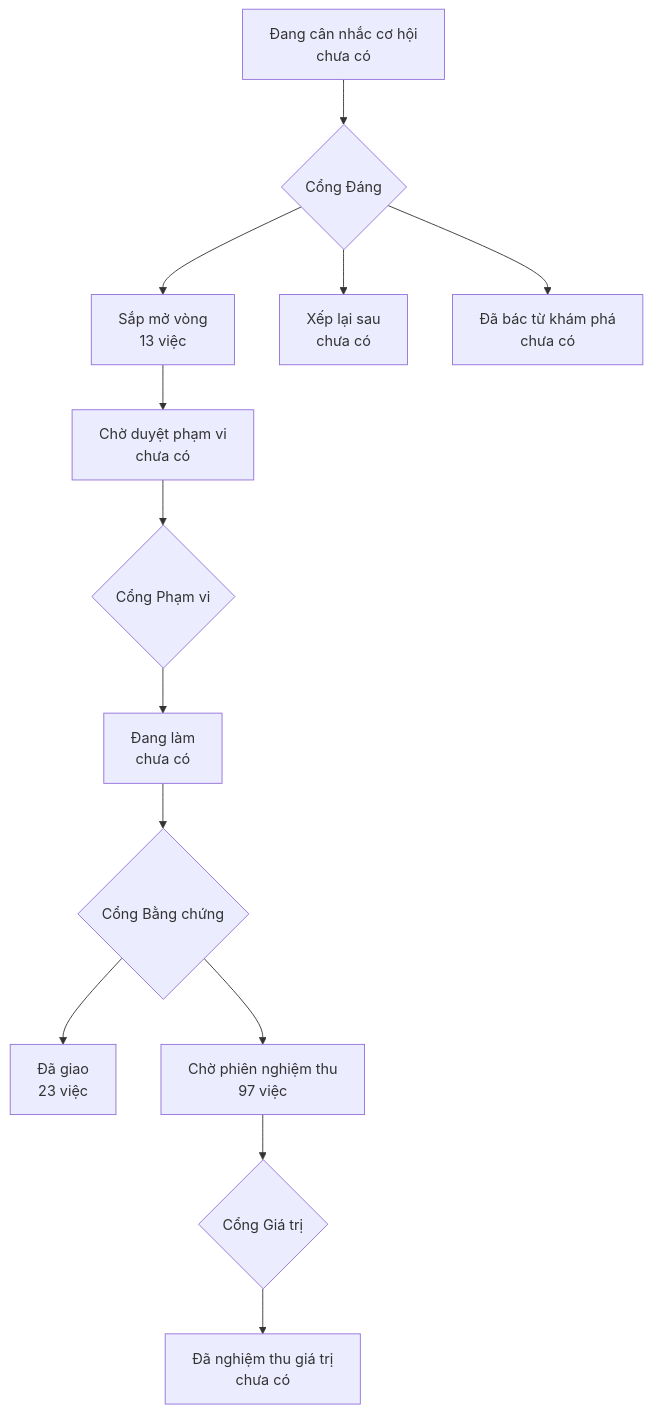
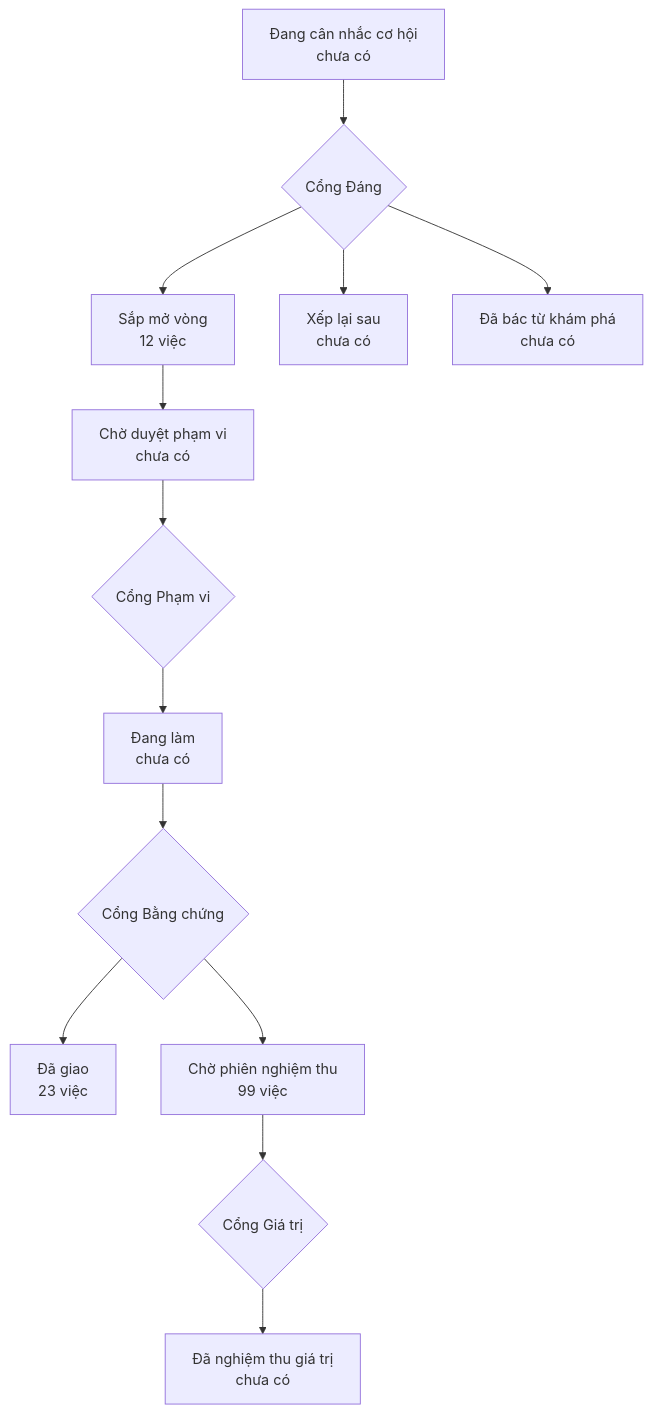
The diagram in PRODUCT-MAP.md (phanlemanh/onehub-quy-hang), drawn with Mermaid before and after one commit. The commit also changed other lines of this file and 2 other files, not shown here.

Commit message:
chore: vẽ lại bản đồ và lộ trình sau khi gộp main

````diff
--- a/PRODUCT-MAP.md
+++ b/PRODUCT-MAP.md
@@ -7,12 +7,12 @@
 ```mermaid
 flowchart TD
   A["Đang cân nhắc cơ hội<br/>chưa có"] --> GD{"Cổng Đáng"}
-  GD --> B["Sắp mở vòng<br/>13 việc"]
+  GD --> B["Sắp mở vòng<br/>12 việc"]
   GD --> XL["Xếp lại sau<br/>chưa có"]
   GD --> DB["Đã bác từ khám phá<br/>chưa có"]
   B --> CD["Chờ duyệt phạm vi<br/>chưa có"] --> GP{"Cổng Phạm vi"}
   GP --> DL["Đang làm<br/>chưa có"] --> GB{"Cổng Bằng chứng"}
   GB --> DG["Đã giao<br/>23 việc"]
-  GB --> CN["Chờ phiên nghiệm thu<br/>97 việc"] --> GG{"Cổng Giá trị"}
+  GB --> CN["Chờ phiên nghiệm thu<br/>99 việc"] --> GG{"Cổng Giá trị"}
   GG --> NT["Đã nghiệm thu giá trị<br/>chưa có"]
 ```
````
